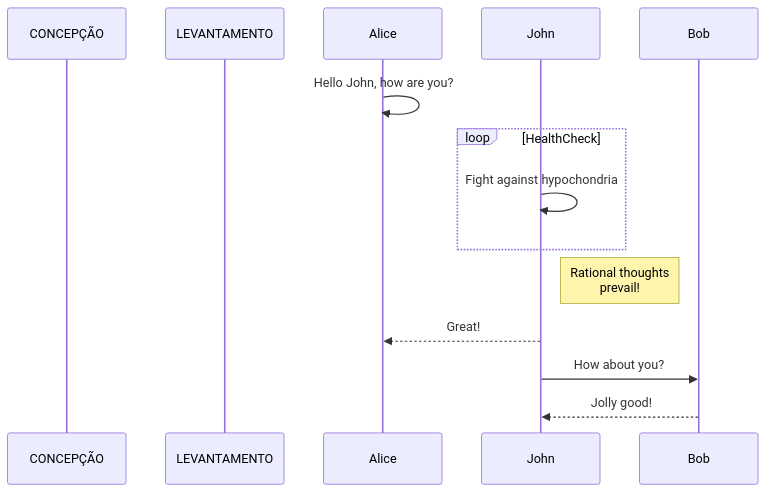
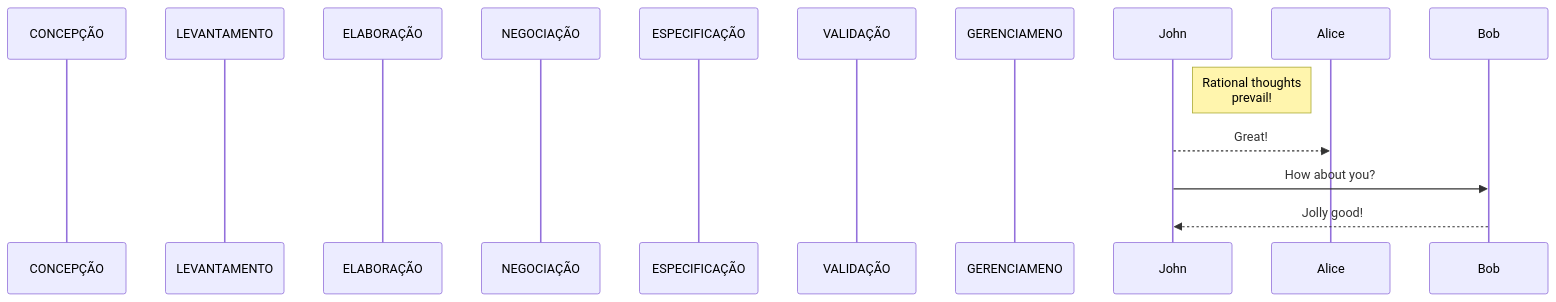
The second of 2 diagrams in Engenharia e Requisitos de Software/Aula 06 - 26.03.25.md (ericmds/3-Semestre), drawn with Mermaid before and after one commit.

Commit message:
Update Aula 06 - 26.03.25.md

````diff
--- a/Engenharia e Requisitos de Software/Aula 06 - 26.03.25.md
+++ b/Engenharia e Requisitos de Software/Aula 06 - 26.03.25.md
@@ -30,13 +30,14 @@
   ```mermaid
   sequenceDiagram
     participant CONCEPÇÃO
     participant LEVANTAMENTO
-    Alice->>Alice: Hello John, how are you?
-    loop HealthCheck
-        John->>John: Fight against hypochondria
-    end
+    participant ELABORAÇÃO
+    participant NEGOCIAÇÃO
+    participant ESPECIFICAÇÃO
+    participant VALIDAÇÃO
+    participant GERENCIAMENO
     Note right of John: Rational thoughts <br/>prevail!
     John-->>Alice: Great!
     John->>Bob: How about you?
     Bob-->>John: Jolly good!
   ```
````
